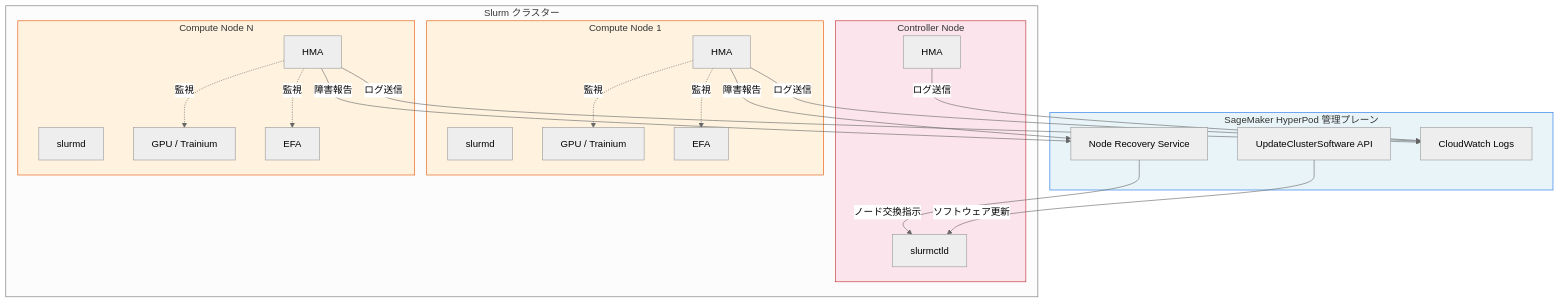
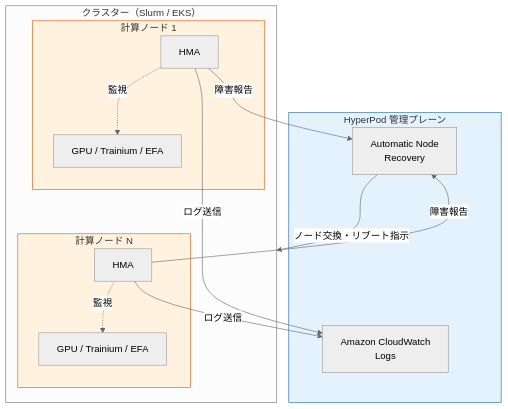
The first of 6 diagrams in articles/0742d879958d3a.md (littlemex/zenn), drawn with Mermaid (neutral theme) before and after one commit. The commit also changed other lines of this file, not shown here.

````diff
--- a/articles/0742d879958d3a.md
+++ b/articles/0742d879958d3a.md
@@ -35,48 +33,34 @@
 ```mermaid
 graph TB
-    subgraph MGMT["SageMaker HyperPod 管理プレーン"]
-        NRS["Node Recovery Service"]
-        UCA["UpdateClusterSoftware API"]
-        CWL["CloudWatch Logs"]
+    subgraph MGMT["HyperPod 管理プレーン"]
+        AUTO["Automatic Node<br/>Recovery"]
+        CWL["Amazon CloudWatch<br/>Logs"]
     end
 
-    subgraph SLURM["Slurm クラスター"]
-        subgraph HEAD["Controller Node"]
-            CTRL["slurmctld"]
-            HMA_CTRL["HMA"]
+    subgraph CLUSTER["クラスター（Slurm / EKS）"]
+        subgraph NODE1["計算ノード 1"]
+            HMA1["HMA"]
+            HW1["GPU / Trainium / EFA"]
         end
 
-        subgraph COMP1["Compute Node 1"]
-            SLURMD1["slurmd"]
-            HMA1["HMA"]
-            GPU1["GPU / Trainium"]
-            EFA1["EFA"]
-        end
-
-        subgraph COMP_N["Compute Node N"]
-            SLURMD_N["slurmd"]
+        subgraph NODE_N["計算ノード N"]
             HMA_N["HMA"]
-            GPU_N["GPU / Trainium"]
-            EFA_N["EFA"]
+            HW_N["GPU / Trainium / EFA"]
         end
     end
 
-    HMA1 -->|障害報告| NRS
-    HMA_N -->|障害報告| NRS
-    NRS -->|ノード交換指示| CTRL
-    UCA -->|ソフトウェア更新| CTRL
+    HMA1 -.->|監視| HW1
+    HMA_N -.->|監視| HW_N
 
-    HMA_CTRL -->|ログ送信| CWL
+    HMA1 -->|障害報告| AUTO
+    HMA_N -->|障害報告| AUTO
+
     HMA1 -->|ログ送信| CWL
     HMA_N -->|ログ送信| CWL
 
-    HMA1 -.->|監視| GPU1
-    HMA1 -.->|監視| EFA1
-    HMA_N -.->|監視| GPU_N
-    HMA_N -.->|監視| EFA_N
+    AUTO -->|ノード交換・リブート指示| CLUSTER
 
-    style MGMT fill: #e8f4f8,stroke: #1a73e8
-    style HEAD fill: #fce4ec,stroke: #c62828
-    style COMP1 fill: #fff3e0,stroke: #e65100
-    style COMP_N fill: #fff3e0,stroke: #e65100
+    style MGMT fill: #e3f2fd,stroke: #1565c0
+    style NODE1 fill: #fff3e0,stroke: #e65100
+    style NODE_N fill: #fff3e0,stroke: #e65100
 ```
````
